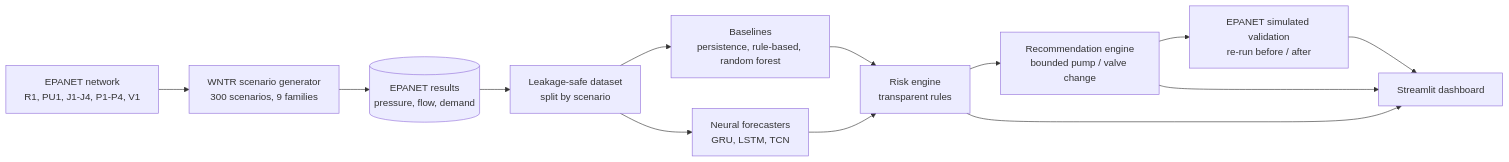
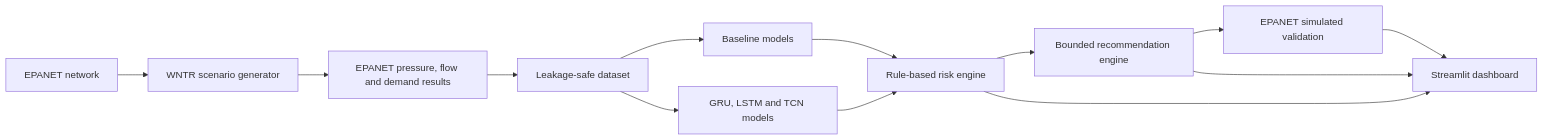
Before and after one commit to Paras-Gupta8/aquabalance: the diagram in README.md, drawn with Mermaid. The commit also changed other lines of this file, not shown here.

````diff
--- a/README.md
+++ b/README.md
@@ -33,15 +53,15 @@
-```mermaid
+``` mermaid
 flowchart LR
-    A[EPANET network<br/>R1, PU1, J1-J4, P1-P4, V1] --> B[WNTR scenario generator<br/>300 scenarios, 9 families]
-    B --> C[(EPANET results<br/>pressure, flow, demand)]
-    C --> D[Leakage-safe dataset<br/>split by scenario]
-    D --> E[Baselines<br/>persistence, rule-based, random forest]
-    D --> F[Neural forecasters<br/>GRU, LSTM, TCN]
-    E --> G[Risk engine<br/>transparent rules]
+    A[EPANET network] --> B[WNTR scenario generator]
+    B --> C[EPANET pressure, flow and demand results]
+    C --> D[Leakage-safe dataset]
+    D --> E[Baseline models]
+    D --> F[GRU, LSTM and TCN models]
+    E --> G[Rule-based risk engine]
     F --> G
-    G --> H[Recommendation engine<br/>bounded pump / valve change]
-    H --> I[EPANET simulated validation<br/>re-run before / after]
+    G --> H[Bounded recommendation engine]
+    H --> I[EPANET simulated validation]
     I --> J[Streamlit dashboard]
     G --> J
     H --> J
 ```
````
